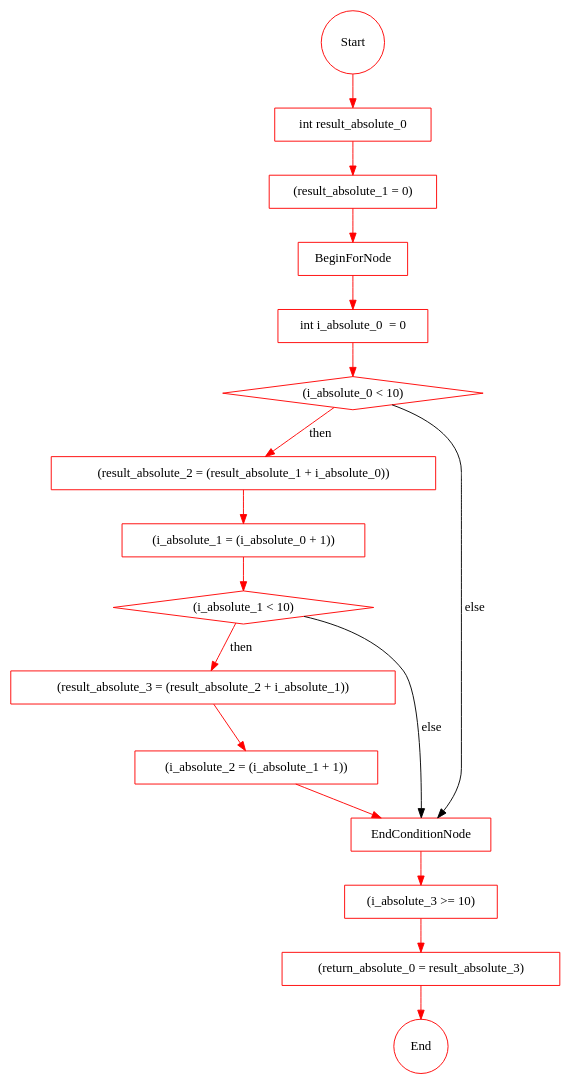
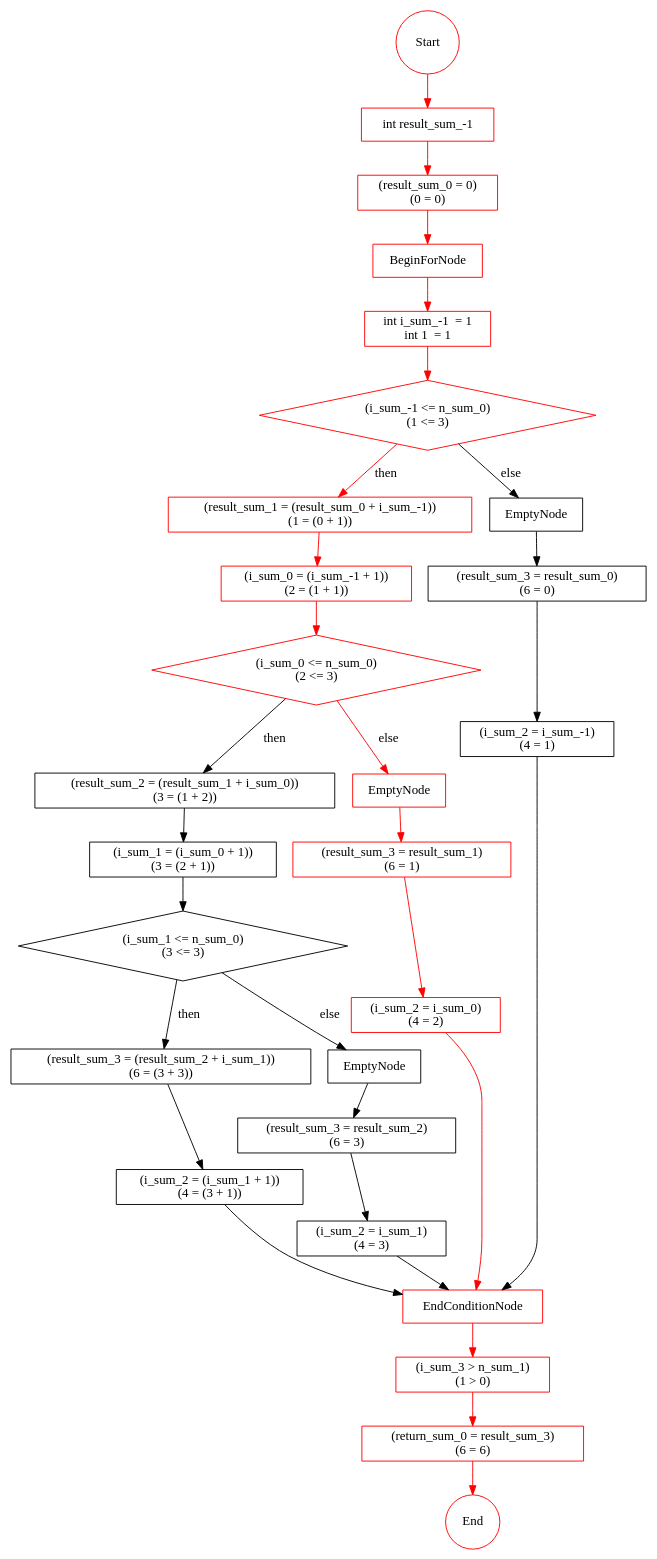
One commit to vananhnt/Vtse-VerificationTool changed the diagram in graph.dot. Above: the diagram before and after it, drawn with Graphviz. The commit also changed 13 other files, not shown here.

```diff
--- a/graph.dot
+++ b/graph.dot
@@ -1,75 +1,145 @@
 strict digraph {
 Start[label="Start" shape=circle];
-"Start" -> "int result_absolute_0 772498896";
-"int result_absolute_0 772498896" -> "(result_absolute_1 = 0)1176960739";
-"int result_absolute_0 772498896" [ label="int result_absolute_0 " shape=rectangle];
-"(result_absolute_1 = 0)1176960739" [ label="(result_absolute_1 = 0)" shape=rectangle];
-"(result_absolute_1 = 0)1176960739" -> "1660312704";
-"(result_absolute_1 = 0)1176960739" [ label="(result_absolute_1 = 0)" shape=rectangle];
-"1660312704" [ label="BeginForNode" shape=rectangle];
-"1660312704" -> "int i_absolute_0  = 0254278162";
-"1660312704" [ label="BeginForNode" shape=rectangle];
-"int i_absolute_0  = 0254278162" [ label="int i_absolute_0  = 0" shape=rectangle];
-"int i_absolute_0  = 0254278162" -> "(i_absolute_0 < 10)2054630339";
-"int i_absolute_0  = 0254278162" [ label="int i_absolute_0  = 0" shape=rectangle];
-"(i_absolute_0 < 10)2054630339" [ label="(i_absolute_0 < 10)" shape=rectangle];
-"(i_absolute_0 < 10)2054630339" [ shape=diamond ];
-"(i_absolute_0 < 10)2054630339" -> "(result_absolute_2 = (result_absolute_1 + i_absolute_0))198640520"[ label="then" ];
-"(result_absolute_2 = (result_absolute_1 + i_absolute_0))198640520" -> "(i_absolute_1 = (i_absolute_0 + 1))1536515118";
-"(result_absolute_2 = (result_absolute_1 + i_absolute_0))198640520" [ label="(result_absolute_2 = (result_absolute_1 + i_absolute_0))" shape=rectangle];
-"(i_absolute_1 = (i_absolute_0 + 1))1536515118" [ label="(i_absolute_1 = (i_absolute_0 + 1))" shape=rectangle];
-"(i_absolute_1 = (i_absolute_0 + 1))1536515118" -> "(i_absolute_1 < 10)1808980516";
-"(i_absolute_1 = (i_absolute_0 + 1))1536515118" [ label="(i_absolute_1 = (i_absolute_0 + 1))" shape=rectangle];
-"(i_absolute_1 < 10)1808980516" [ label="(i_absolute_1 < 10)" shape=rectangle];
-"(i_absolute_1 < 10)1808980516" [ shape=diamond ];
-"(i_absolute_1 < 10)1808980516" -> "(result_absolute_3 = (result_absolute_2 + i_absolute_1))683199918"[ label="then" ];
-"(result_absolute_3 = (result_absolute_2 + i_absolute_1))683199918" -> "(i_absolute_2 = (i_absolute_1 + 1))457195634";
-"(result_absolute_3 = (result_absolute_2 + i_absolute_1))683199918" [ label="(result_absolute_3 = (result_absolute_2 + i_absolute_1))" shape=rectangle];
-"(i_absolute_2 = (i_absolute_1 + 1))457195634" [ label="(i_absolute_2 = (i_absolute_1 + 1))" shape=rectangle];
-"(i_absolute_2 = (i_absolute_1 + 1))457195634" -> "1782913816";
-"(i_absolute_2 = (i_absolute_1 + 1))457195634" [ label="(i_absolute_2 = (i_absolute_1 + 1))" shape=rectangle];
-"1782913816" [ label="EndConditionNode" shape=rectangle];
-"(i_absolute_1 < 10)1808980516" -> "1782913816"[ label="else" ];
-"(i_absolute_0 < 10)2054630339" -> "1782913816"[ label="else" ];
-"1782913816" -> "(i_absolute_3 >= 10)398192526";
-"1782913816" [ label="EndConditionNode" shape=rectangle];
-"(i_absolute_3 >= 10)398192526" [ label="(i_absolute_3 >= 10)" shape=rectangle];
-"(i_absolute_3 >= 10)398192526" -> "(return_absolute_0 = result_absolute_3)2038469994";
-"(i_absolute_3 >= 10)398192526" [ label="(i_absolute_3 >= 10)" shape=rectangle];
-"(return_absolute_0 = result_absolute_3)2038469994" [ label="(return_absolute_0 = result_absolute_3)" shape=rectangle];
-"(return_absolute_0 = result_absolute_3)2038469994" -> "1624902136";
-"(return_absolute_0 = result_absolute_3)2038469994" [ label="(return_absolute_0 = result_absolute_3)" shape=rectangle];
-"1624902136" [ label="" shape=rectangle];
-"1624902136" [ label= "End" shape=circle];
+"Start" -> "int result_sum_-1 1724427546";
+"int result_sum_-1 1724427546" -> "(result_sum_0 = 0)999502537";
+"int result_sum_-1 1724427546" [ label="int result_sum_-1 " shape=rectangle];
+"(result_sum_0 = 0)999502537" [ label="(result_sum_0 = 0)
+(0 = 0)" shape=rectangle];
+"(result_sum_0 = 0)999502537" -> "939811291";
+"(result_sum_0 = 0)999502537" [ label="(result_sum_0 = 0)
+(0 = 0)" shape=rectangle];
+"939811291" [ label="BeginForNode" shape=rectangle];
+"939811291" -> "int i_sum_-1  = 1785611321";
+"939811291" [ label="BeginForNode" shape=rectangle];
+"int i_sum_-1  = 1785611321" [ label="int i_sum_-1  = 1
+int 1  = 1" shape=rectangle];
+"int i_sum_-1  = 1785611321" -> "(i_sum_-1 <= n_sum_0)231776900";
+"int i_sum_-1  = 1785611321" [ label="int i_sum_-1  = 1
+int 1  = 1" shape=rectangle];
+"(i_sum_-1 <= n_sum_0)231776900" [ label="(i_sum_-1 <= n_sum_0)
+(1 <= 3)" shape=rectangle];
+"(i_sum_-1 <= n_sum_0)231776900" [ shape=diamond ];
+"(i_sum_-1 <= n_sum_0)231776900" -> "(result_sum_1 = (result_sum_0 + i_sum_-1))804768909"[ label="then" ];
+"(result_sum_1 = (result_sum_0 + i_sum_-1))804768909" -> "(i_sum_0 = (i_sum_-1 + 1))887515665";
+"(result_sum_1 = (result_sum_0 + i_sum_-1))804768909" [ label="(result_sum_1 = (result_sum_0 + i_sum_-1))
+(1 = (0 + 1))" shape=rectangle];
+"(i_sum_0 = (i_sum_-1 + 1))887515665" [ label="(i_sum_0 = (i_sum_-1 + 1))
+(2 = (1 + 1))" shape=rectangle];
+"(i_sum_0 = (i_sum_-1 + 1))887515665" -> "(i_sum_0 <= n_sum_0)22137862";
+"(i_sum_0 = (i_sum_-1 + 1))887515665" [ label="(i_sum_0 = (i_sum_-1 + 1))
+(2 = (1 + 1))" shape=rectangle];
+"(i_sum_0 <= n_sum_0)22137862" [ label="(i_sum_0 <= n_sum_0)
+(2 <= 3)" shape=rectangle];
+"(i_sum_0 <= n_sum_0)22137862" [ shape=diamond ];
+"(i_sum_0 <= n_sum_0)22137862" -> "(result_sum_2 = (result_sum_1 + i_sum_0))161319466"[ label="then" ];
+"(result_sum_2 = (result_sum_1 + i_sum_0))161319466" -> "(i_sum_1 = (i_sum_0 + 1))404732976";
+"(result_sum_2 = (result_sum_1 + i_sum_0))161319466" [ label="(result_sum_2 = (result_sum_1 + i_sum_0))
+(3 = (1 + 2))" shape=rectangle];
+"(i_sum_1 = (i_sum_0 + 1))404732976" [ label="(i_sum_1 = (i_sum_0 + 1))
+(3 = (2 + 1))" shape=rectangle];
+"(i_sum_1 = (i_sum_0 + 1))404732976" -> "(i_sum_1 <= n_sum_0)523168704";
+"(i_sum_1 = (i_sum_0 + 1))404732976" [ label="(i_sum_1 = (i_sum_0 + 1))
+(3 = (2 + 1))" shape=rectangle];
+"(i_sum_1 <= n_sum_0)523168704" [ label="(i_sum_1 <= n_sum_0)
+(3 <= 3)" shape=rectangle];
+"(i_sum_1 <= n_sum_0)523168704" [ shape=diamond ];
+"(i_sum_1 <= n_sum_0)523168704" -> "(result_sum_3 = (result_sum_2 + i_sum_1))277886431"[ label="then" ];
+"(result_sum_3 = (result_sum_2 + i_sum_1))277886431" -> "(i_sum_2 = (i_sum_1 + 1))1975066941";
+"(result_sum_3 = (result_sum_2 + i_sum_1))277886431" [ label="(result_sum_3 = (result_sum_2 + i_sum_1))
+(6 = (3 + 3))" shape=rectangle];
+"(i_sum_2 = (i_sum_1 + 1))1975066941" [ label="(i_sum_2 = (i_sum_1 + 1))
+(4 = (3 + 1))" shape=rectangle];
+"(i_sum_2 = (i_sum_1 + 1))1975066941" -> "279117190";
+"(i_sum_2 = (i_sum_1 + 1))1975066941" [ label="(i_sum_2 = (i_sum_1 + 1))
+(4 = (3 + 1))" shape=rectangle];
+"279117190" [ label="EndConditionNode" shape=rectangle];
+"(i_sum_1 <= n_sum_0)523168704" -> "320117797"[ label="else" ];
+"320117797" -> "(result_sum_3 = result_sum_2)879935364";
+"320117797" [ label="EmptyNode" shape=rectangle];
+"(result_sum_3 = result_sum_2)879935364" [ label="(result_sum_3 = result_sum_2)
+(6 = 3)" shape=rectangle];
+"(result_sum_3 = result_sum_2)879935364" -> "(i_sum_2 = i_sum_1)1015317708";
+"(result_sum_3 = result_sum_2)879935364" [ label="(result_sum_3 = result_sum_2)
+(6 = 3)" shape=rectangle];
+"(i_sum_2 = i_sum_1)1015317708" [ label="(i_sum_2 = i_sum_1)
+(4 = 3)" shape=rectangle];
+"(i_sum_2 = i_sum_1)1015317708" -> "279117190";
+"(i_sum_2 = i_sum_1)1015317708" [ label="(i_sum_2 = i_sum_1)
+(4 = 3)" shape=rectangle];
+"279117190" [ label="EndConditionNode" shape=rectangle];
+"(i_sum_0 <= n_sum_0)22137862" -> "1183318274"[ label="else" ];
+"1183318274" -> "(result_sum_3 = result_sum_1)1909086274";
+"1183318274" [ label="EmptyNode" shape=rectangle];
+"(result_sum_3 = result_sum_1)1909086274" [ label="(result_sum_3 = result_sum_1)
+(6 = 1)" shape=rectangle];
+"(result_sum_3 = result_sum_1)1909086274" -> "(i_sum_2 = i_sum_0)1348814688";
+"(result_sum_3 = result_sum_1)1909086274" [ label="(result_sum_3 = result_sum_1)
+(6 = 1)" shape=rectangle];
+"(i_sum_2 = i_sum_0)1348814688" [ label="(i_sum_2 = i_sum_0)
+(4 = 2)" shape=rectangle];
+"(i_sum_2 = i_sum_0)1348814688" -> "279117190";
+"(i_sum_2 = i_sum_0)1348814688" [ label="(i_sum_2 = i_sum_0)
+(4 = 2)" shape=rectangle];
+"279117190" [ label="EndConditionNode" shape=rectangle];
+"(i_sum_-1 <= n_sum_0)231776900" -> "1222576964"[ label="else" ];
+"1222576964" -> "(result_sum_3 = result_sum_0)1322881868";
+"1222576964" [ label="EmptyNode" shape=rectangle];
+"(result_sum_3 = result_sum_0)1322881868" [ label="(result_sum_3 = result_sum_0)
+(6 = 0)" shape=rectangle];
+"(result_sum_3 = result_sum_0)1322881868" -> "(i_sum_2 = i_sum_-1)1844628125";
+"(result_sum_3 = result_sum_0)1322881868" [ label="(result_sum_3 = result_sum_0)
+(6 = 0)" shape=rectangle];
+"(i_sum_2 = i_sum_-1)1844628125" [ label="(i_sum_2 = i_sum_-1)
+(4 = 1)" shape=rectangle];
+"(i_sum_2 = i_sum_-1)1844628125" -> "279117190";
+"(i_sum_2 = i_sum_-1)1844628125" [ label="(i_sum_2 = i_sum_-1)
+(4 = 1)" shape=rectangle];
+"279117190" [ label="EndConditionNode" shape=rectangle];
+"279117190" -> "(i_sum_3 > n_sum_1)2017092793";
+"279117190" [ label="EndConditionNode" shape=rectangle];
+"(i_sum_3 > n_sum_1)2017092793" [ label="(i_sum_3 > n_sum_1)
+(1 > 0)" shape=rectangle];
+"(i_sum_3 > n_sum_1)2017092793" -> "(return_sum_0 = result_sum_3)1771407532";
+"(i_sum_3 > n_sum_1)2017092793" [ label="(i_sum_3 > n_sum_1)
+(1 > 0)" shape=rectangle];
+"(return_sum_0 = result_sum_3)1771407532" [ label="(return_sum_0 = result_sum_3)
+(6 = 6)" shape=rectangle];
+"(return_sum_0 = result_sum_3)1771407532" -> "1427766378";
+"(return_sum_0 = result_sum_3)1771407532" [ label="(return_sum_0 = result_sum_3)
+(6 = 6)" shape=rectangle];
+"1427766378" [ label="" shape=rectangle];
+"1427766378" [ label= "End" shape=circle];
 Start[label="Start" shape=circle];
-"Start" -> "int result_absolute_0 772498896";
+"Start" -> "int result_sum_-1 1724427546";
 Start[label="Start" shape=circle color=red];
-"Start" -> "int result_absolute_0 772498896" [ color="red"];
-"int result_absolute_0 772498896" [ color="red"];
-"(result_absolute_1 = 0)1176960739" [ color="red"];
-"1660312704" [ color="red"];
-"int i_absolute_0  = 0254278162" [ color="red"];
-"(i_absolute_0 < 10)2054630339" [ color="red"];
-"(result_absolute_2 = (result_absolute_1 + i_absolute_0))198640520" [ color="red"];
-"(i_absolute_1 = (i_absolute_0 + 1))1536515118" [ color="red"];
-"(i_absolute_1 < 10)1808980516" [ color="red"];
-"(result_absolute_3 = (result_absolute_2 + i_absolute_1))683199918" [ color="red"];
-"(i_absolute_2 = (i_absolute_1 + 1))457195634" [ color="red"];
-"1782913816" [ color="red"];
-"(i_absolute_3 >= 10)398192526" [ color="red"];
-"(return_absolute_0 = result_absolute_3)2038469994" [ color="red"];
-"1624902136" [ color="red"];
-"int result_absolute_0 772498896" -> "(result_absolute_1 = 0)1176960739" [ color="red"];
-"(result_absolute_1 = 0)1176960739" -> "1660312704" [ color="red"];
-"1660312704" -> "int i_absolute_0  = 0254278162" [ color="red"];
-"int i_absolute_0  = 0254278162" -> "(i_absolute_0 < 10)2054630339" [ color="red"];
-"(i_absolute_0 < 10)2054630339" -> "(result_absolute_2 = (result_absolute_1 + i_absolute_0))198640520" [ color="red"];
-"(result_absolute_2 = (result_absolute_1 + i_absolute_0))198640520" -> "(i_absolute_1 = (i_absolute_0 + 1))1536515118" [ color="red"];
-"(i_absolute_1 = (i_absolute_0 + 1))1536515118" -> "(i_absolute_1 < 10)1808980516" [ color="red"];
-"(i_absolute_1 < 10)1808980516" -> "(result_absolute_3 = (result_absolute_2 + i_absolute_1))683199918" [ color="red"];
-"(result_absolute_3 = (result_absolute_2 + i_absolute_1))683199918" -> "(i_absolute_2 = (i_absolute_1 + 1))457195634" [ color="red"];
-"(i_absolute_2 = (i_absolute_1 + 1))457195634" -> "1782913816" [ color="red"];
-"1782913816" -> "(i_absolute_3 >= 10)398192526" [ color="red"];
-"(i_absolute_3 >= 10)398192526" -> "(return_absolute_0 = result_absolute_3)2038469994" [ color="red"];
-"(return_absolute_0 = result_absolute_3)2038469994" -> "1624902136" [ color="red"];
+"Start" -> "int result_sum_-1 1724427546" [ color="red"];
+"int result_sum_-1 1724427546" [ color="red"];
+"(result_sum_0 = 0)999502537" [ color="red"];
+"939811291" [ color="red"];
+"int i_sum_-1  = 1785611321" [ color="red"];
+"(i_sum_-1 <= n_sum_0)231776900" [ color="red"];
+"(result_sum_1 = (result_sum_0 + i_sum_-1))804768909" [ color="red"];
+"(i_sum_0 = (i_sum_-1 + 1))887515665" [ color="red"];
+"(i_sum_0 <= n_sum_0)22137862" [ color="red"];
+"1183318274" [ color="red"];
+"(result_sum_3 = result_sum_1)1909086274" [ color="red"];
+"(i_sum_2 = i_sum_0)1348814688" [ color="red"];
+"279117190" [ color="red"];
+"(i_sum_3 > n_sum_1)2017092793" [ color="red"];
+"(return_sum_0 = result_sum_3)1771407532" [ color="red"];
+"1427766378" [ color="red"];
+"int result_sum_-1 1724427546" -> "(result_sum_0 = 0)999502537" [ color="red"];
+"(result_sum_0 = 0)999502537" -> "939811291" [ color="red"];
+"939811291" -> "int i_sum_-1  = 1785611321" [ color="red"];
+"int i_sum_-1  = 1785611321" -> "(i_sum_-1 <= n_sum_0)231776900" [ color="red"];
+"(i_sum_-1 <= n_sum_0)231776900" -> "(result_sum_1 = (result_sum_0 + i_sum_-1))804768909" [ color="red"];
+"(result_sum_1 = (result_sum_0 + i_sum_-1))804768909" -> "(i_sum_0 = (i_sum_-1 + 1))887515665" [ color="red"];
+"(i_sum_0 = (i_sum_-1 + 1))887515665" -> "(i_sum_0 <= n_sum_0)22137862" [ color="red"];
+"(i_sum_0 <= n_sum_0)22137862" -> "1183318274" [ color="red"];
+"1183318274" -> "(result_sum_3 = result_sum_1)1909086274" [ color="red"];
+"(result_sum_3 = result_sum_1)1909086274" -> "(i_sum_2 = i_sum_0)1348814688" [ color="red"];
+"(i_sum_2 = i_sum_0)1348814688" -> "279117190" [ color="red"];
+"279117190" -> "(i_sum_3 > n_sum_1)2017092793" [ color="red"];
+"(i_sum_3 > n_sum_1)2017092793" -> "(return_sum_0 = result_sum_3)1771407532" [ color="red"];
+"(return_sum_0 = result_sum_3)1771407532" -> "1427766378" [ color="red"];
 }
```
